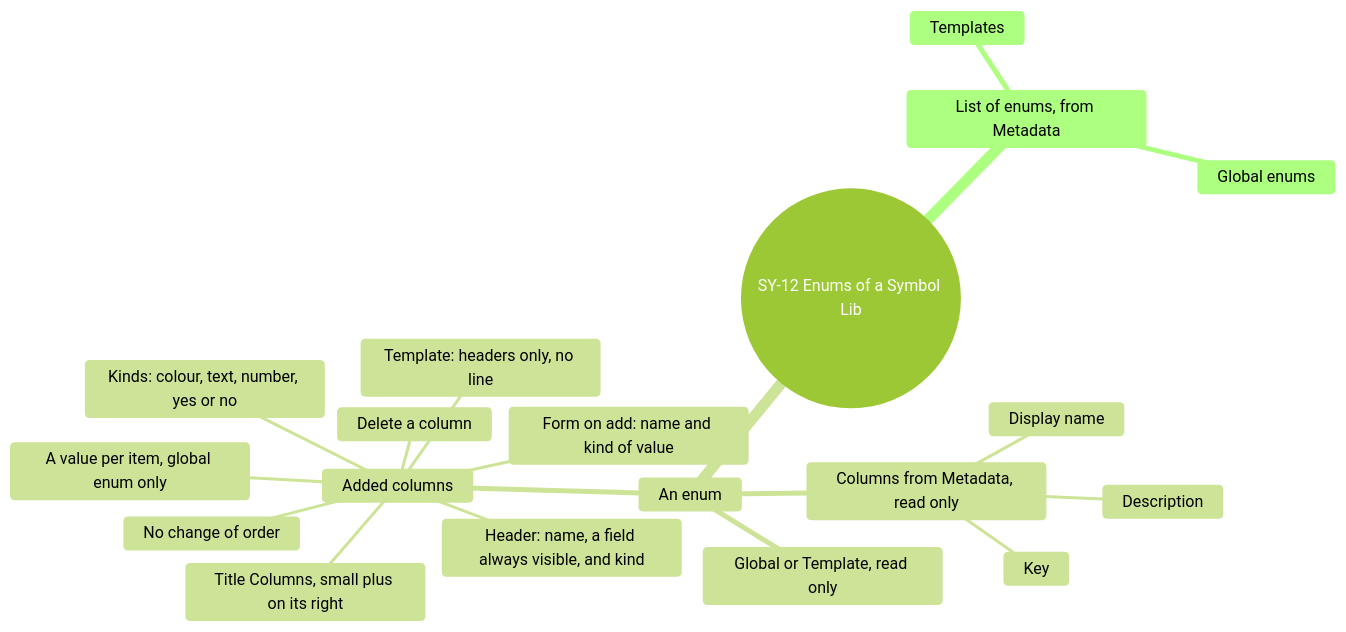
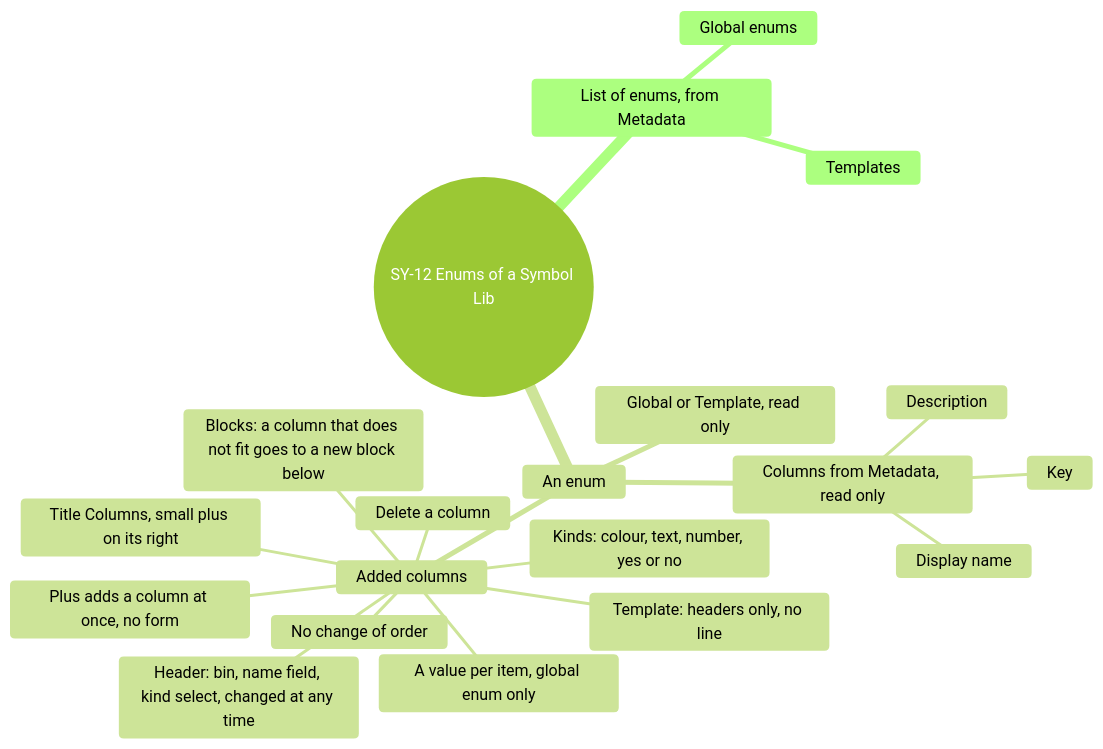
One commit to AlexandreGallais/synoptic-studio-spec changed diagram 14 of 14 in screens/symbols.md. Above: the diagram before and after it, drawn with Mermaid (forest theme). The commit also changed other lines of this file and 2 other files, not shown here.

First line of the commit message:
docs(symbols): edit enum columns in their header and wrap them into blocks

````diff
--- a/screens/symbols.md
+++ b/screens/symbols.md
@@ -543,22 +543,23 @@
 ```mermaid
 mindmap
   root((SY-12 Enums of a Symbol Lib))
     List of enums, from Metadata
       Global enums
       Templates
     An enum
       Columns from Metadata, read only
         Key
         Display name
         Description
       Global or Template, read only
       Added columns
         Title Columns, small plus on its right
-        Form on add: name and kind of value
-        Header: name, a field always visible, and kind
+        Plus adds a column at once, no form
+        Header: bin, name field, kind select, changed at any time
         Kinds: colour, text, number, yes or no
+        Blocks: a column that does not fit goes to a new block below
         A value per item, global enum only
         Template: headers only, no line
         Delete a column
         No change of order
 ```
````
